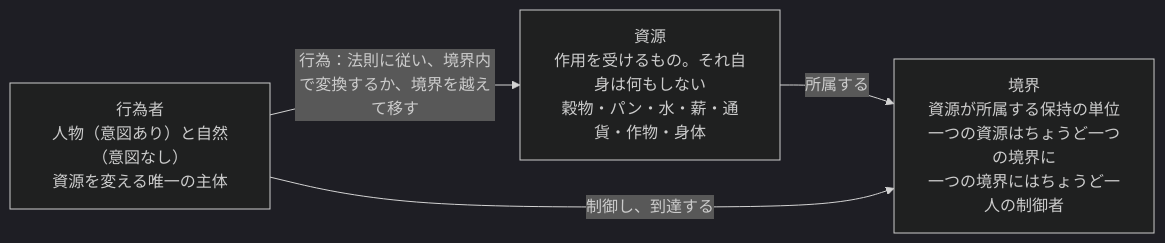
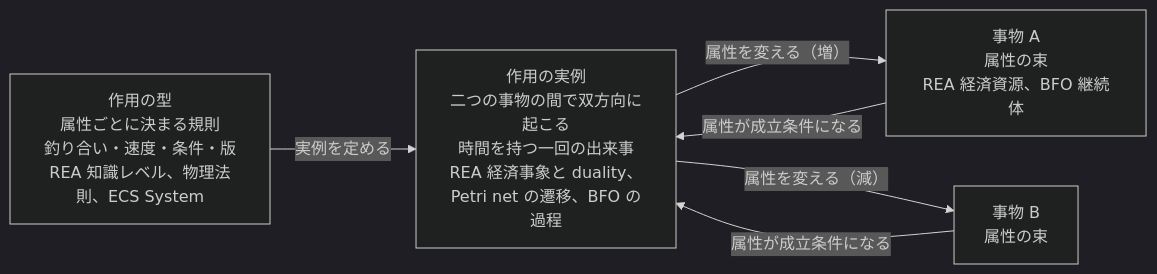
One commit to demerzel09/Medieval-Simulator changed the first of 2 diagrams in docs/DESIGN.md. Above: the diagram before and after it, drawn with Mermaid (dark theme). The commit also changed other lines of this file and 4 other files, not shown here.

````diff
--- a/docs/DESIGN.md
+++ b/docs/DESIGN.md
@@ -55,9 +57,12 @@
 ```mermaid
 flowchart LR
-  A["行為者<br/>人物（意図あり）と自然（意図なし）<br/>資源を変える唯一の主体"]
-  R["資源<br/>作用を受けるもの。それ自身は何もしない<br/>穀物・パン・水・薪・通貨・作物・身体"]
-  K["境界<br/>資源が所属する保持の単位<br/>一つの資源はちょうど一つの境界に<br/>一つの境界にはちょうど一人の制御者"]
-  A -->|"行為：法則に従い、境界内で変換するか、境界を越えて移す"| R
-  R -->|"所属する"| K
-  A -->|"制御し、到達する"| K
+  T["作用の型<br/>属性ごとに決まる規則<br/>釣り合い・速度・条件・版<br/>REA 知識レベル、物理法則、ECS System"]
+  E["作用の実例<br/>二つの事物の間で双方向に起こる<br/>時間を持つ一回の出来事<br/>REA 経済事象と duality、Petri net の遷移、BFO の過程"]
+  X1["事物 A<br/>属性の束<br/>REA 経済資源、BFO 継続体"]
+  X2["事物 B<br/>属性の束"]
+  T -->|"実例を定める"| E
+  E -->|"属性を変える（増）"| X1
+  E -->|"属性を変える（減）"| X2
+  X1 -->|"属性が成立条件になる"| E
+  X2 -->|"属性が成立条件になる"| E
 ```
````
